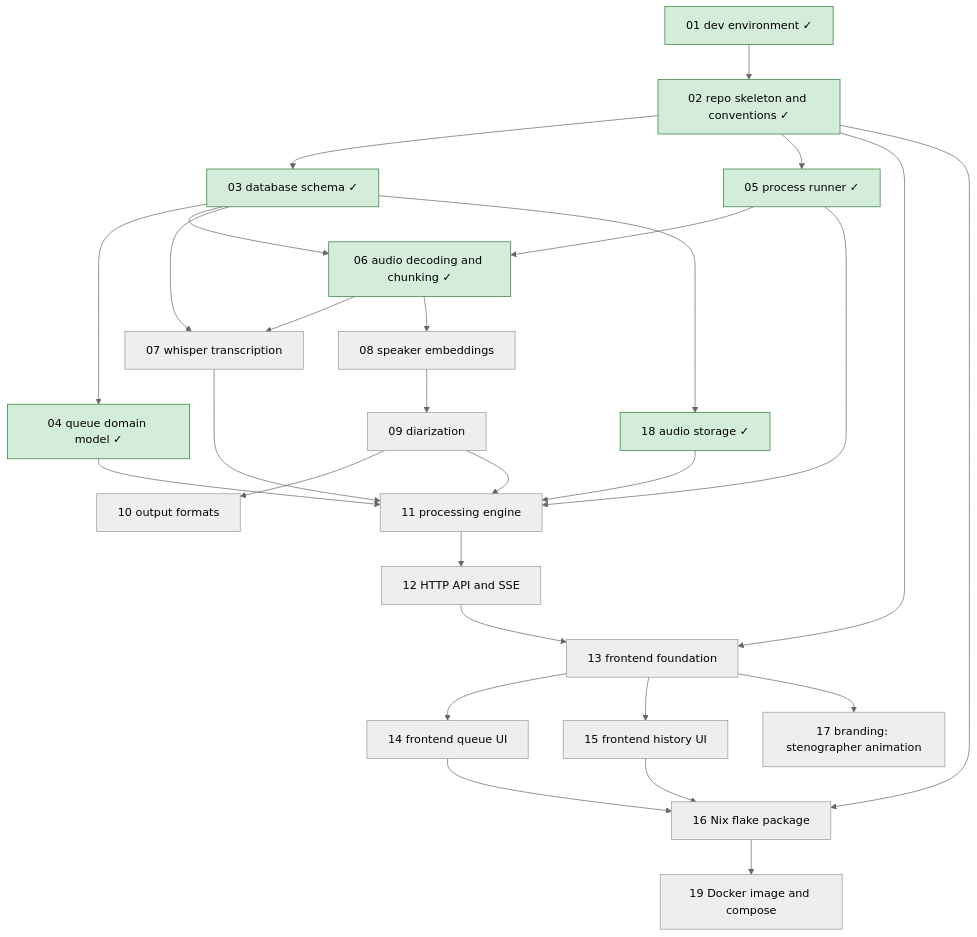
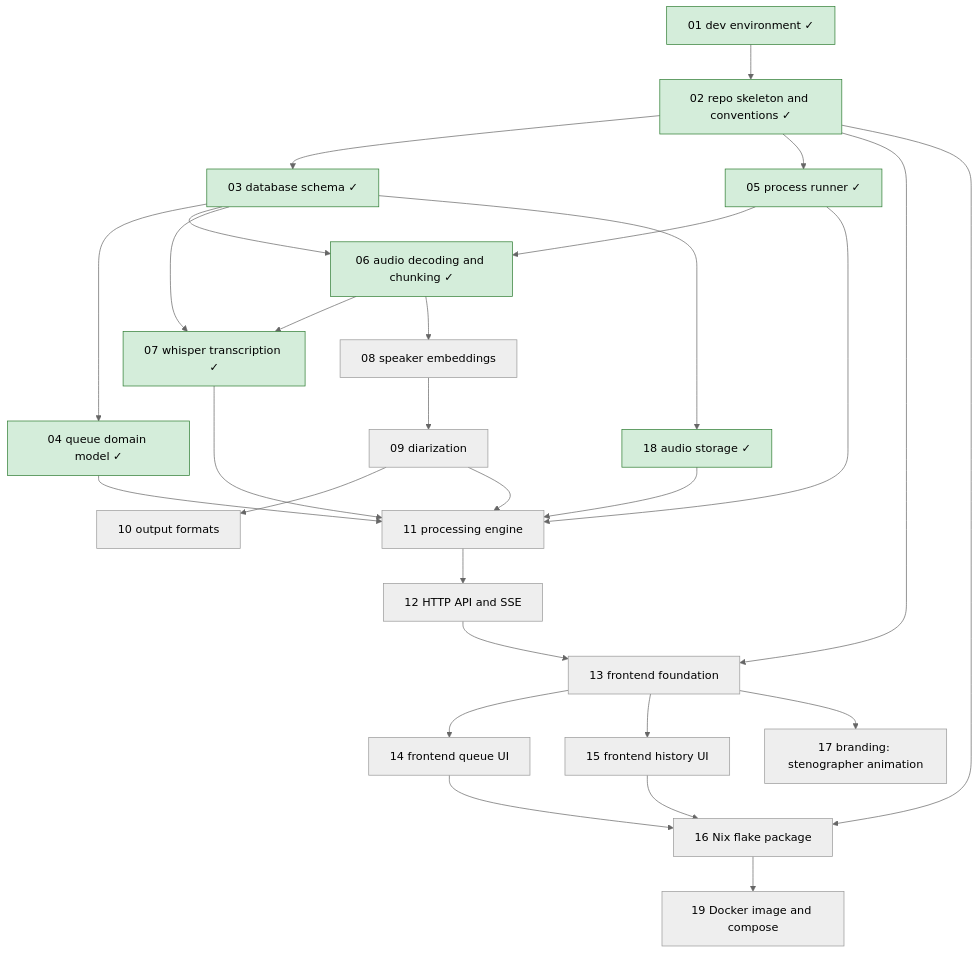
One commit to lulu-berlin/speech-to-text-app changed the diagram in roadmap/README.md. Above: the diagram before and after it, drawn with Mermaid (neutral theme). The commit also changed other lines of this file and 2 other files, not shown here.

Commit message:
Complete roadmap item 07: move spec to docs/specs/whisper-transcription.md

````diff
--- a/roadmap/README.md
+++ b/roadmap/README.md
@@ -17,31 +17,31 @@
 ```mermaid
 graph TD
   01[01 dev environment ✓]:::done --> 02[02 repo skeleton and conventions ✓]:::done
   02 --> 03[03 database schema ✓]:::done
   03 --> 04[04 queue domain model ✓]:::done
   02 --> 05[05 process runner ✓]:::done
   05 --> 06[06 audio decoding and chunking ✓]:::done
   03 --> 06
-  06 --> 07[07 whisper transcription]
+  06 --> 07[07 whisper transcription ✓]:::done
   03 --> 07
   06 --> 08[08 speaker embeddings]
   08 --> 09[09 diarization]
   09 --> 10[10 output formats]
   04 --> 11[11 processing engine]
   05 --> 11
   07 --> 11
   09 --> 11
   03 --> 18[18 audio storage ✓]:::done
   18 --> 11
   11 --> 12[12 HTTP API and SSE]
   02 --> 13[13 frontend foundation]
   12 --> 13
   13 --> 14[14 frontend queue UI]
   13 --> 15[15 frontend history UI]
   02 --> 16[16 Nix flake package]
   14 --> 16
   15 --> 16
   13 --> 17[17 branding: stenographer animation]
   16 --> 19[19 Docker image and compose]
   classDef done fill:#d4edda,stroke:#2e7d32
 ```
````
